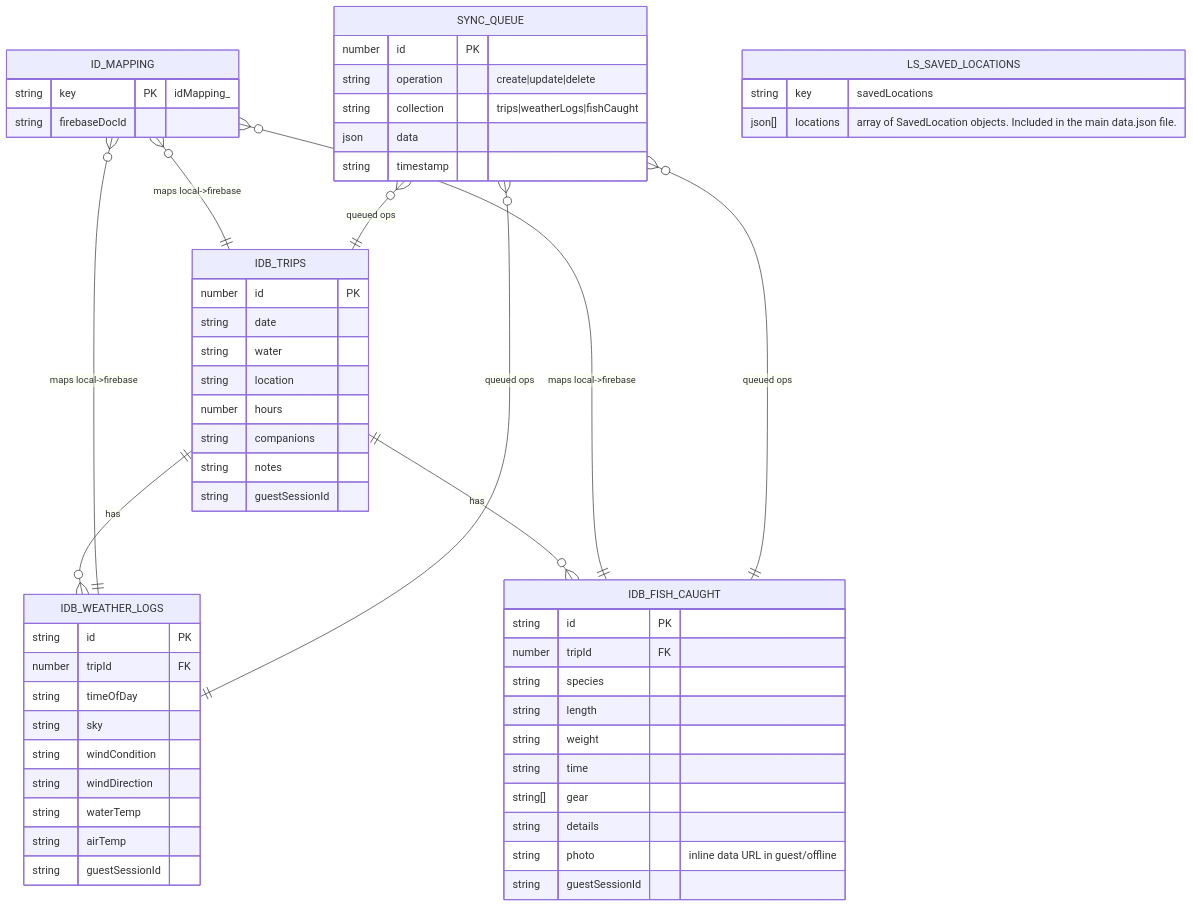
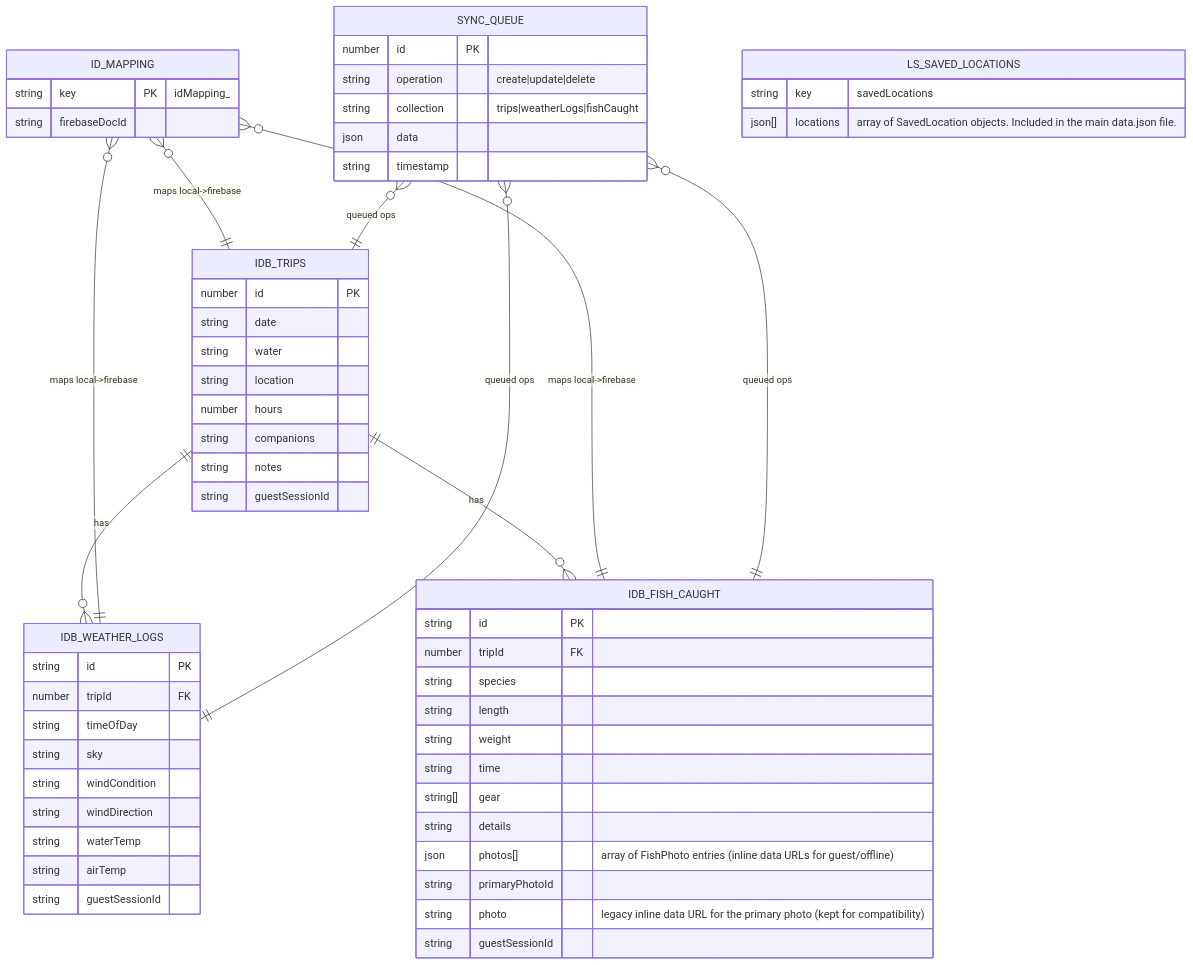
Before and after one commit to kerry-davis/maori-fishing-calendar-react: the second of 4 diagrams in docs/architecture/DATA_MODEL.md, drawn with Mermaid. The commit also changed other lines of this file and 8 other files, not shown here.

````diff
--- a/docs/architecture/DATA_MODEL.md
+++ b/docs/architecture/DATA_MODEL.md
@@ -146,65 +164,67 @@
 ```mermaid
 erDiagram
   IDB_TRIPS ||--o{ IDB_WEATHER_LOGS : "has"
   IDB_TRIPS ||--o{ IDB_FISH_CAUGHT : "has"
   ID_MAPPING o{--|| IDB_TRIPS : "maps local->firebase"
   ID_MAPPING o{--|| IDB_WEATHER_LOGS : "maps local->firebase"
   ID_MAPPING o{--|| IDB_FISH_CAUGHT : "maps local->firebase"
   SYNC_QUEUE o{--|| IDB_TRIPS : "queued ops"
   SYNC_QUEUE o{--|| IDB_WEATHER_LOGS : "queued ops"
   SYNC_QUEUE o{--|| IDB_FISH_CAUGHT : "queued ops"
 
   IDB_TRIPS {
     number id PK
     string date
     string water
     string location
     number hours
     string companions
     string notes
     string guestSessionId
   }
 
   LS_SAVED_LOCATIONS {
     string key        "savedLocations"
     json[] locations  "array of SavedLocation objects. Included in the main data.json file."
   }
 
   IDB_WEATHER_LOGS {
     string id PK
     number tripId FK
     string timeOfDay
     string sky
     string windCondition
     string windDirection
     string waterTemp
     string airTemp
     string guestSessionId
   }
 
   IDB_FISH_CAUGHT {
     string id PK
     number tripId FK
     string species
     string length
     string weight
     string time
     string[] gear
     string details
-    string photo       "inline data URL in guest/offline"
+    json photos[]      "array of FishPhoto entries (inline data URLs for guest/offline)"
+    string primaryPhotoId
+    string photo       "legacy inline data URL for the primary photo (kept for compatibility)"
     string guestSessionId
   }
 
   ID_MAPPING {
     string key PK   "idMapping_<uid>_<collection>_<localId>"
     string firebaseDocId
   }
 
   SYNC_QUEUE {
     number id PK
     string operation  "create|update|delete"
     string collection "trips|weatherLogs|fishCaught"
     json data
     string timestamp
   }
 ```
````
